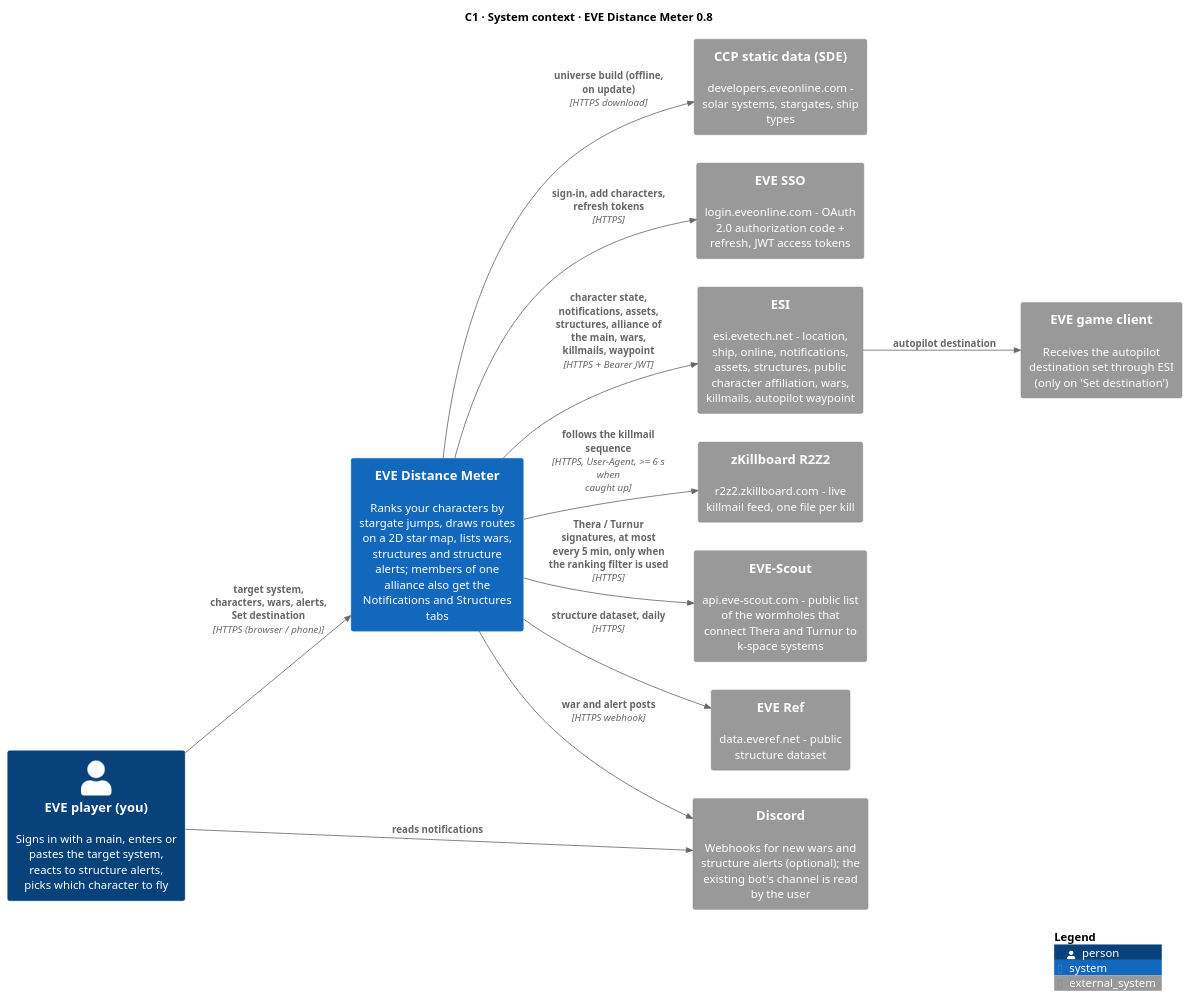
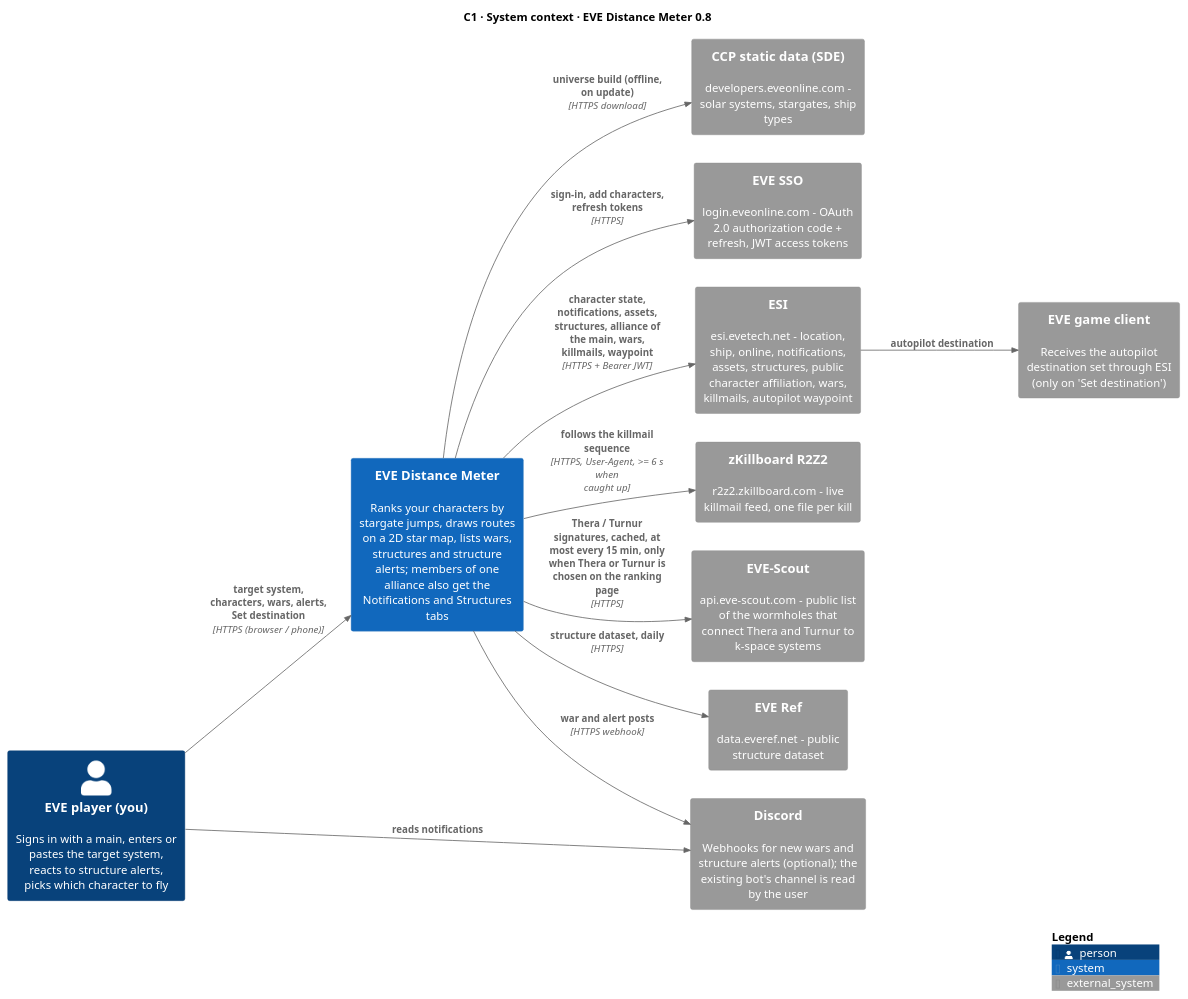
Before and after one commit to Headruner/war-bot-2: the diagram in docs/c4/01-c1-system-context.puml, drawn with PlantUML. The commit also changed 3 other files, not shown here.

Commit message:
docs: update diagrams to the current state

```diff
--- a/docs/c4/01-c1-system-context.puml
+++ b/docs/c4/01-c1-system-context.puml
@@ -1,28 +1,28 @@
 @startuml c1-system-context
 !include <C4/C4_Context>
 title C1 · System context · EVE Distance Meter 0.8
 LAYOUT_LEFT_RIGHT()
 
 Person(user, "EVE player (you)", "Signs in with a main, enters or pastes the target system, reacts to structure alerts, picks which character to fly")
 System(evedm, "EVE Distance Meter", "Ranks your characters by stargate jumps, draws routes on a 2D star map, lists wars, structures and structure alerts; members of one alliance also get the Notifications and Structures tabs")
 System_Ext(sso, "EVE SSO", "login.eveonline.com - OAuth 2.0 authorization code + refresh, JWT access tokens")
 System_Ext(esi, "ESI", "esi.evetech.net - location, ship, online, notifications, assets, structures, public character affiliation, wars, killmails, autopilot waypoint")
 System_Ext(client, "EVE game client", "Receives the autopilot destination set through ESI (only on 'Set destination')")
 System_Ext(zkb, "zKillboard R2Z2", "r2z2.zkillboard.com - live killmail feed, one file per kill")
 System_Ext(evescout, "EVE-Scout", "api.eve-scout.com - public list of the wormholes that connect Thera and Turnur to k-space systems")
 System_Ext(everef, "EVE Ref", "data.everef.net - public structure dataset")
 System_Ext(discord, "Discord", "Webhooks for new wars and structure alerts (optional); the existing bot's channel is read by the user")
 System_Ext(sde, "CCP static data (SDE)", "developers.eveonline.com - solar systems, stargates, ship types")
 
 Rel(user, evedm, "target system, characters, wars, alerts, Set destination", "HTTPS (browser / phone)")
 Rel(user, discord, "reads notifications")
 Rel(evedm, sso, "sign-in, add characters, refresh tokens", "HTTPS")
 Rel(evedm, esi, "character state, notifications, assets, structures, alliance of the main, wars, killmails, waypoint", "HTTPS + Bearer JWT")
 Rel(esi, client, "autopilot destination")
 Rel(evedm, zkb, "follows the killmail sequence", "HTTPS, User-Agent, >= 6 s when caught up")
-Rel(evedm, evescout, "Thera / Turnur signatures, at most every 5 min, only when the ranking filter is used", "HTTPS")
+Rel(evedm, evescout, "Thera / Turnur signatures, cached, at most every 15 min, only when Thera or Turnur is chosen on the ranking page", "HTTPS")
 Rel(evedm, everef, "structure dataset, daily", "HTTPS")
 Rel(evedm, discord, "war and alert posts", "HTTPS webhook")
 Rel(evedm, sde, "universe build (offline, on update)", "HTTPS download")
 SHOW_LEGEND()
 @enduml
```
